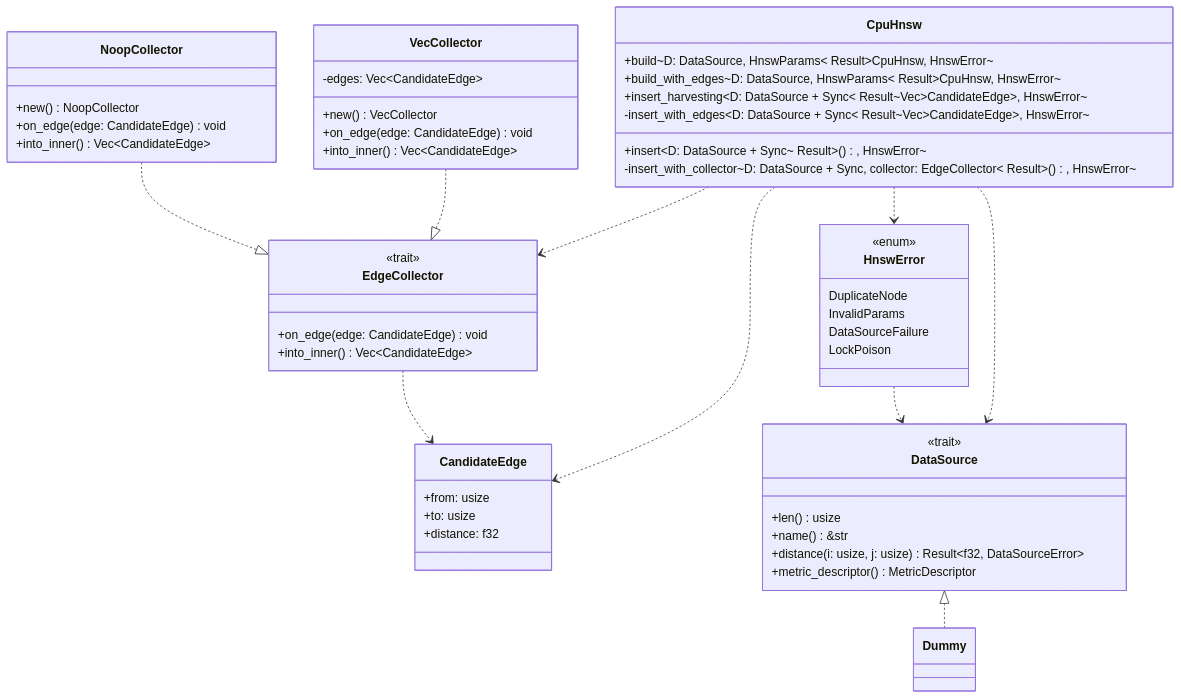
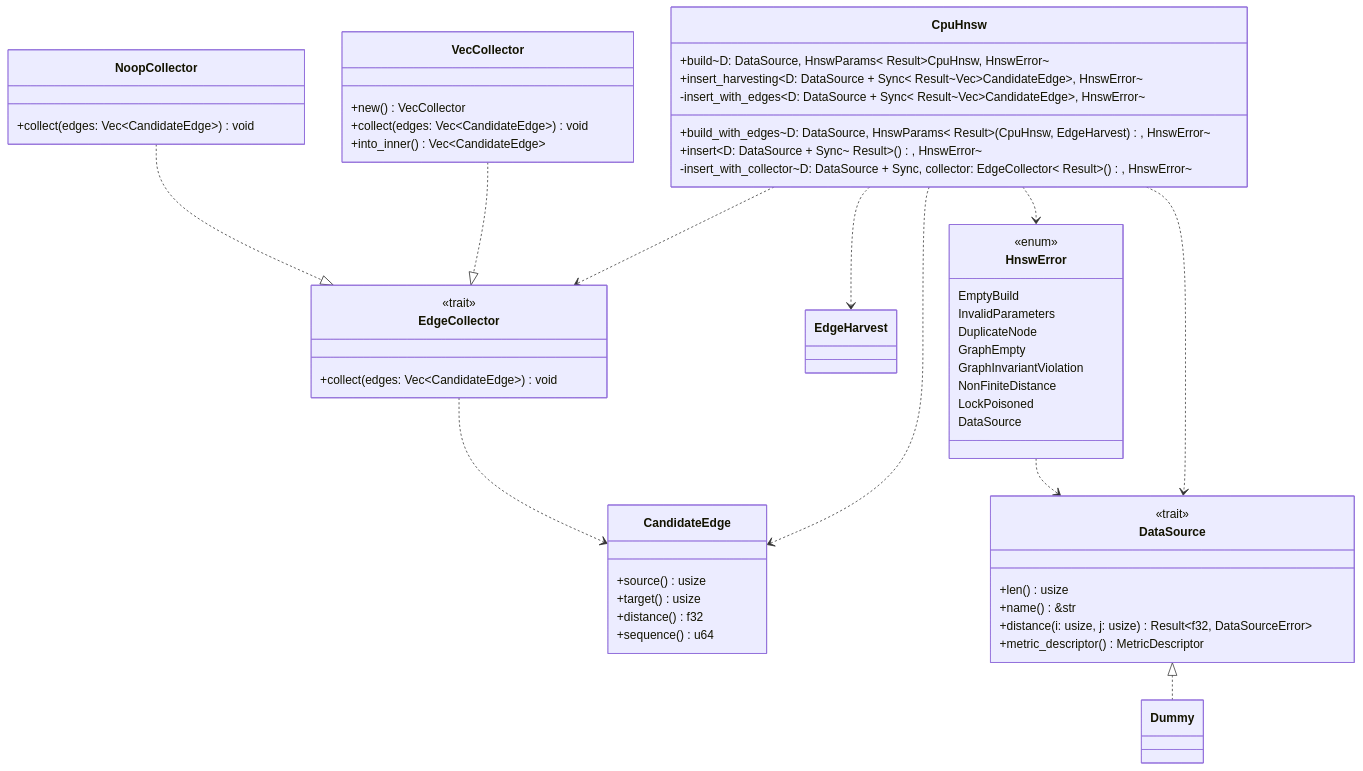
The fourth of 4 diagrams in docs/chutoro-design.md (leynos/chutoro), drawn with Mermaid before and after one commit. The commit also changed other lines of this file, not shown here.

Commit message:
refactor(hnsw): update EdgeCollector trait and CpuHnsw methods
- Renamed EdgeCollector methods from on_edge and into_inner to collect(vec<CandidateEdge>)
- Updated CpuHnsw to extract candidate edges internally and collect them in batch
- Modified CandidateEdge methods and added EdgeHarvest class
- Revised HnswError variants for clarity
- Updated class diagrams and sequence diagrams accordingly

These changes simplify edge collection handling and improve interface consistency.

````diff
--- a/docs/chutoro-design.md
+++ b/docs/chutoro-design.md
@@ -2555,66 +2557,71 @@
 ```mermaid
 classDiagram
     class CpuHnsw {
         +build~D: DataSource, HnswParams~ Result~CpuHnsw, HnswError~
-        +build_with_edges~D: DataSource, HnswParams~ Result~CpuHnsw, HnswError~
+        +build_with_edges~D: DataSource, HnswParams~ Result~(CpuHnsw, EdgeHarvest), HnswError~
         +insert~D: DataSource + Sync~ Result~(), HnswError~
         +insert_harvesting~D: DataSource + Sync~ Result~Vec~CandidateEdge~, HnswError~
         -insert_with_edges~D: DataSource + Sync~ Result~Vec~CandidateEdge~, HnswError~
         -insert_with_collector~D: DataSource + Sync, collector: EdgeCollector~ Result~(), HnswError~
     }
 
     class EdgeCollector {
         <<trait>>
-        +on_edge(edge: CandidateEdge) void
-        +into_inner() Vec~CandidateEdge~
+        +collect(edges: Vec~CandidateEdge~) void
     }
 
     class VecCollector {
         +new() VecCollector
-        +on_edge(edge: CandidateEdge) void
+        +collect(edges: Vec~CandidateEdge~) void
         +into_inner() Vec~CandidateEdge~
-        -edges: Vec~CandidateEdge~
     }
 
     class NoopCollector {
-        +new() NoopCollector
-        +on_edge(edge: CandidateEdge) void
-        +into_inner() Vec~CandidateEdge~
+        +collect(edges: Vec~CandidateEdge~) void
     }
 
     class CandidateEdge {
-        +from: usize
-        +to: usize
-        +distance: f32
+        +source() usize
+        +target() usize
+        +distance() f32
+        +sequence() u64
+    }
+
+    class EdgeHarvest {
     }
 
     class HnswError {
         <<enum>>
+        EmptyBuild
+        InvalidParameters
         DuplicateNode
-        InvalidParams
-        DataSourceFailure
-        LockPoison
+        GraphEmpty
+        GraphInvariantViolation
+        NonFiniteDistance
+        LockPoisoned
+        DataSource
     }
 
     class DataSource {
         <<trait>>
         +len() usize
         +name() &str
         +distance(i: usize, j: usize) Result~f32, DataSourceError~
         +metric_descriptor() MetricDescriptor
     }
 
     CpuHnsw ..> CandidateEdge
+    CpuHnsw ..> EdgeHarvest
     CpuHnsw ..> HnswError
     CpuHnsw ..> DataSource
     CpuHnsw ..> EdgeCollector
 
     VecCollector ..|> EdgeCollector
     NoopCollector ..|> EdgeCollector
 
     EdgeCollector ..> CandidateEdge
 
     HnswError ..> DataSource
 
     DataSource <|.. Dummy
 ```
````
